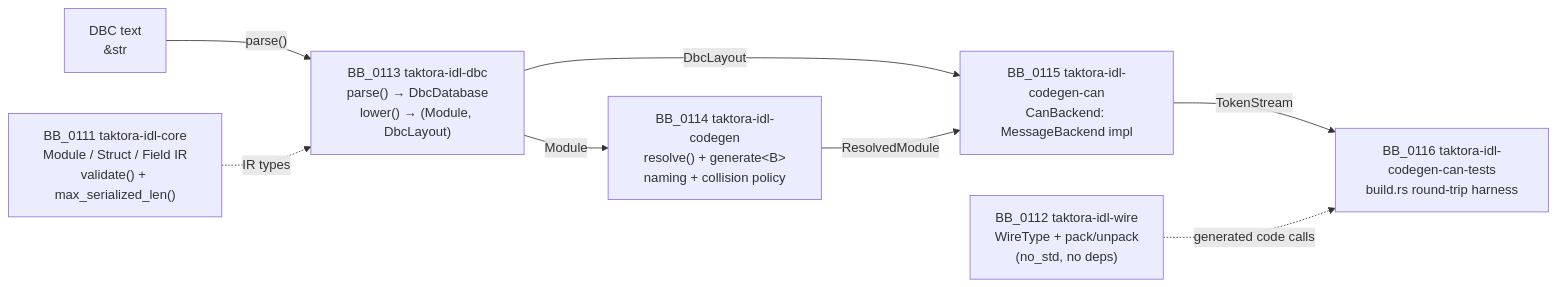
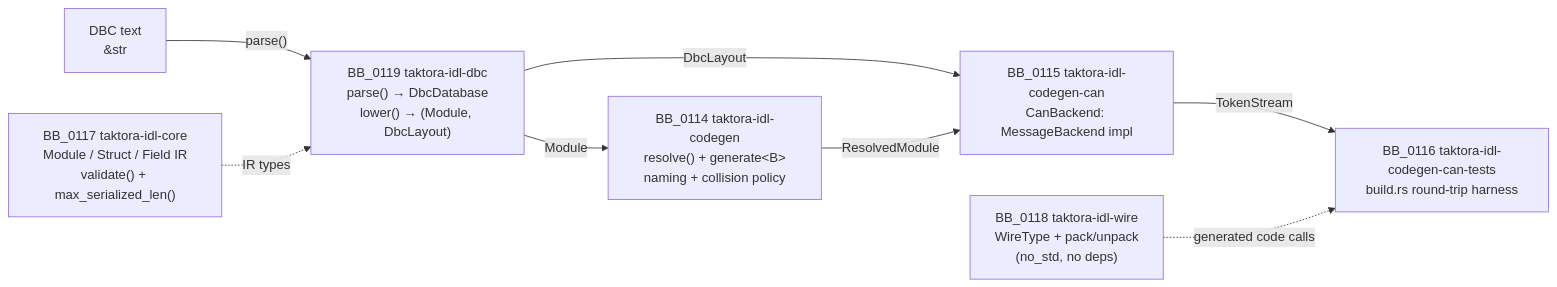
The diagram in spec/architecture/idl/building-blocks.rst (patdhlk/taktora), drawn with Mermaid before and after one commit. The commit also changed other lines of this file and 23 other files, not shown here.

```diff
--- a/spec/architecture/idl/building-blocks.rst
+++ b/spec/architecture/idl/building-blocks.rst
@@ -13,18 +13,18 @@
 .. mermaid::
 
    graph LR
        dbc["DBC text<br/>&str"]
-       c["BB_0111 taktora-idl-core<br/>Module / Struct / Field IR<br/>validate() + max_serialized_len()"]
-       w["BB_0112 taktora-idl-wire<br/>WireType + pack/unpack<br/>(no_std, no deps)"]
-       d["BB_0113 taktora-idl-dbc<br/>parse() → DbcDatabase<br/>lower() → (Module, DbcLayout)"]
+       c["BB_0117 taktora-idl-core<br/>Module / Struct / Field IR<br/>validate() + max_serialized_len()"]
+       w["BB_0118 taktora-idl-wire<br/>WireType + pack/unpack<br/>(no_std, no deps)"]
+       d["BB_0119 taktora-idl-dbc<br/>parse() → DbcDatabase<br/>lower() → (Module, DbcLayout)"]
        g["BB_0114 taktora-idl-codegen<br/>resolve() + generate&lt;B&gt;<br/>naming + collision policy"]
        b["BB_0115 taktora-idl-codegen-can<br/>CanBackend: MessageBackend impl"]
        t["BB_0116 taktora-idl-codegen-can-tests<br/>build.rs round-trip harness"]
 
        dbc -->|"parse()"| d
        c -.->|"IR types"| d
        d -->|Module| g
        d -->|DbcLayout| b
        g -->|ResolvedModule| b
        b -->|TokenStream| t
        w -.->|generated code calls| t
```
